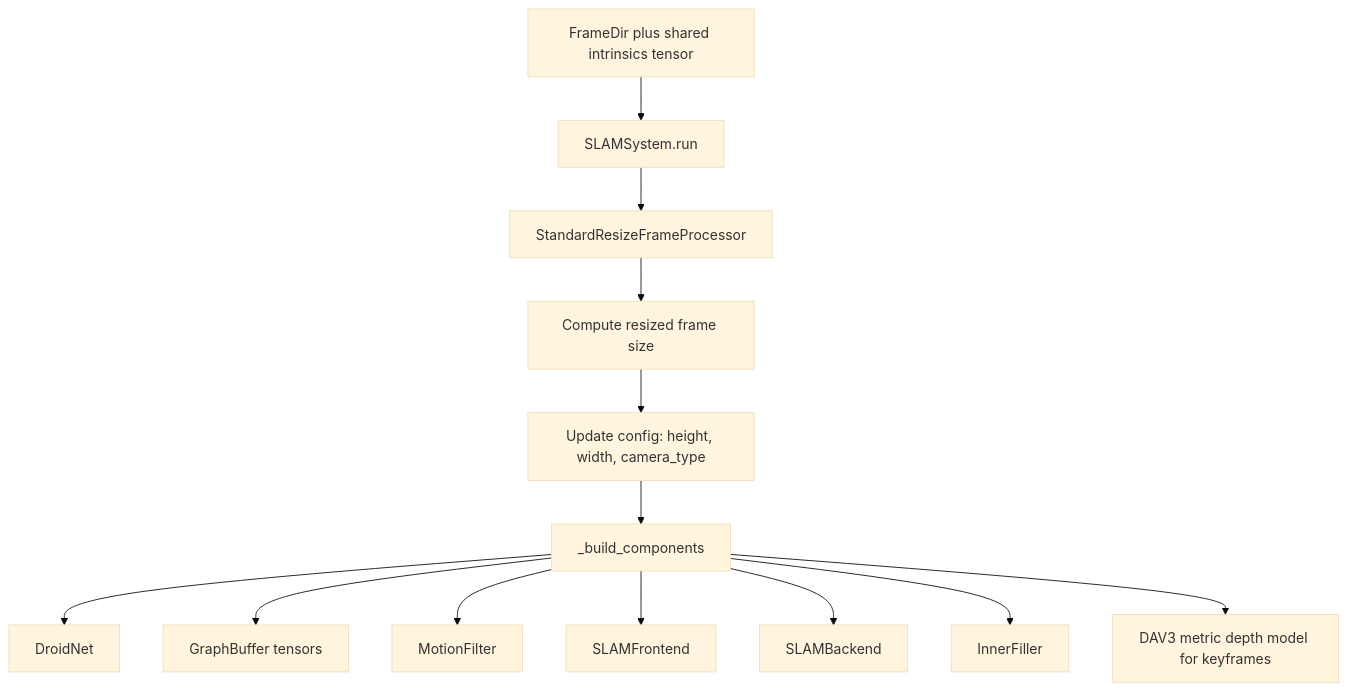
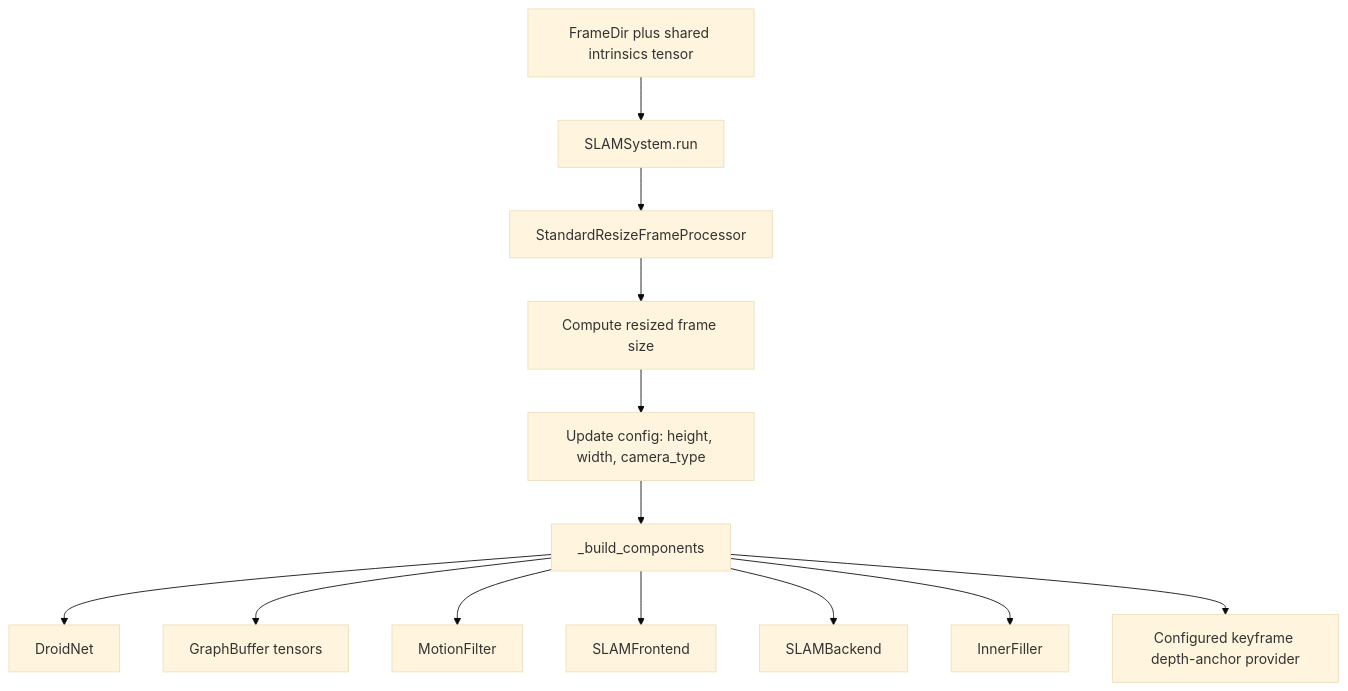
The sixth of 12 diagrams in fullexplain.md (sadanand1120/vipe), drawn with Mermaid (base theme) before and after one commit. The commit also changed other lines of this file and 13 other files, not shown here.

````diff
--- a/fullexplain.md
+++ b/fullexplain.md
@@ -527,15 +562,15 @@
 ```mermaid
 flowchart TD
     A[FrameDir plus shared intrinsics tensor] --> B[SLAMSystem.run]
     B --> C[StandardResizeFrameProcessor]
     C --> D[Compute resized frame size]
     D --> E[Update config: height, width, camera_type]
     E --> F[_build_components]
     F --> F1[DroidNet]
     F --> F2[GraphBuffer tensors]
     F --> F3[MotionFilter]
     F --> F4[SLAMFrontend]
     F --> F5[SLAMBackend]
     F --> F6[InnerFiller]
-    F --> F7[DAV3 metric depth model for keyframes]
+    F --> F7[Configured keyframe depth-anchor provider]
 ```
````
